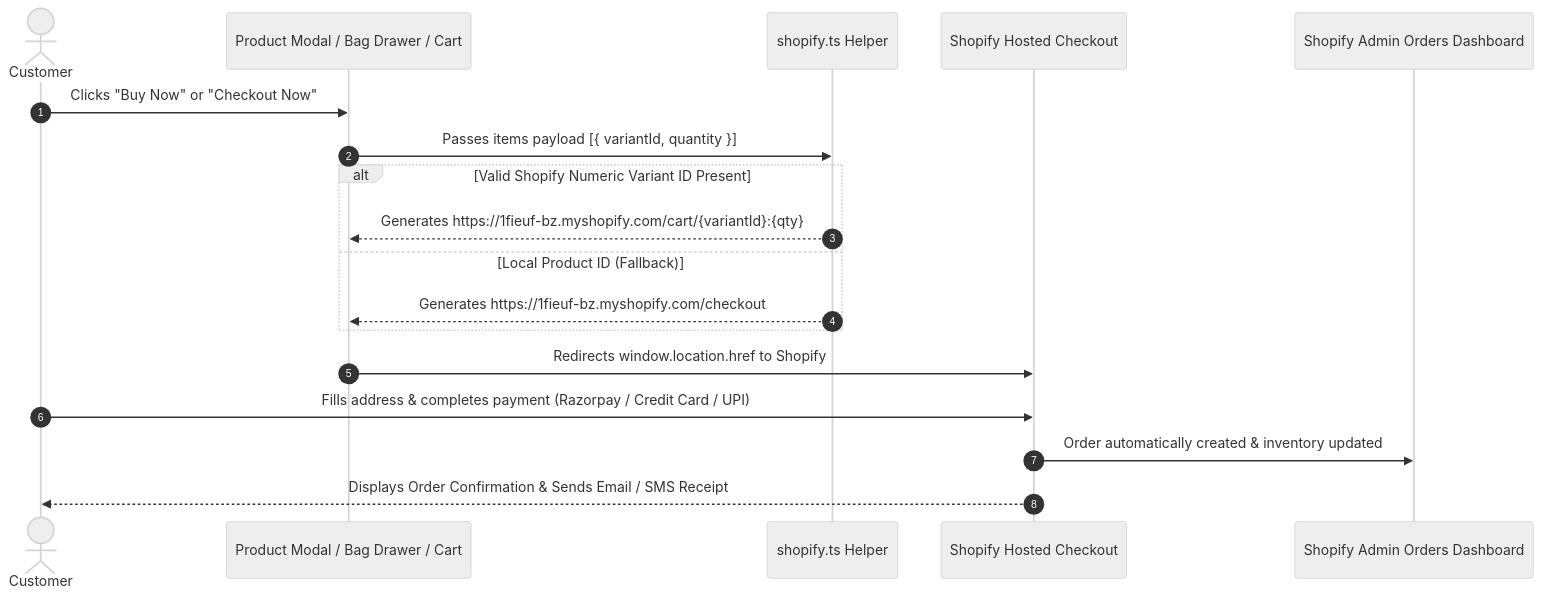
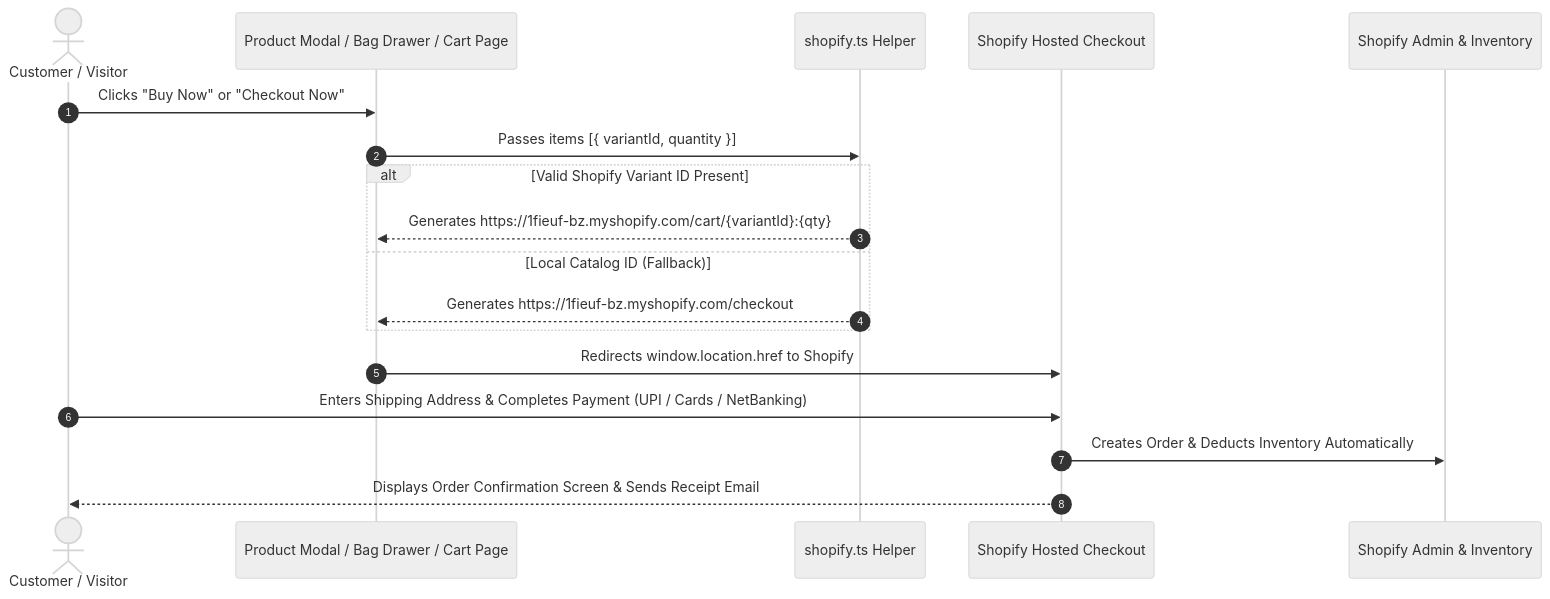
One commit to Anushka130126/Mocha_And_Mogra_Website changed the third of 5 diagrams in README.md. Above: the diagram before and after it, drawn with Mermaid (neutral theme). The commit also changed other lines of this file and 9 other files, not shown here.

````diff
--- a/README.md
+++ b/README.md
@@ -71,21 +123,21 @@
 ```mermaid
 sequenceDiagram
     autonumber
-    actor Customer
-    participant Modal as Product Modal / Bag Drawer / Cart
+    actor Customer as Customer / Visitor
+    participant UI as Product Modal / Bag Drawer / Cart Page
     participant Helper as shopify.ts Helper
     participant Shopify as Shopify Hosted Checkout
-    participant Admin as Shopify Admin Orders Dashboard
+    participant OrderSystem as Shopify Admin & Inventory
 
-    Customer->>Modal: Clicks "Buy Now" or "Checkout Now"
-    Modal->>Helper: Passes items payload [{ variantId, quantity }]
-    alt Valid Shopify Numeric Variant ID Present
-        Helper-->>Modal: Generates https://1fieuf-bz.myshopify.com/cart/{variantId}:{qty}
-    else Local Product ID (Fallback)
-        Helper-->>Modal: Generates https://1fieuf-bz.myshopify.com/checkout
+    Customer->>UI: Clicks "Buy Now" or "Checkout Now"
+    UI->>Helper: Passes items [{ variantId, quantity }]
+    alt Valid Shopify Variant ID Present
+        Helper-->>UI: Generates https://1fieuf-bz.myshopify.com/cart/{variantId}:{qty}
+    else Local Catalog ID (Fallback)
+        Helper-->>UI: Generates https://1fieuf-bz.myshopify.com/checkout
     end
-    Modal->>Shopify: Redirects window.location.href to Shopify
-    Customer->>Shopify: Fills address & completes payment (Razorpay / Credit Card / UPI)
-    Shopify->>Admin: Order automatically created & inventory updated
-    Shopify-->>Customer: Displays Order Confirmation & Sends Email / SMS Receipt
+    UI->>Shopify: Redirects window.location.href to Shopify
+    Customer->>Shopify: Enters Shipping Address & Completes Payment (UPI / Cards / NetBanking)
+    Shopify->>OrderSystem: Creates Order & Deducts Inventory Automatically
+    Shopify-->>Customer: Displays Order Confirmation Screen & Sends Receipt Email
 ```
````
